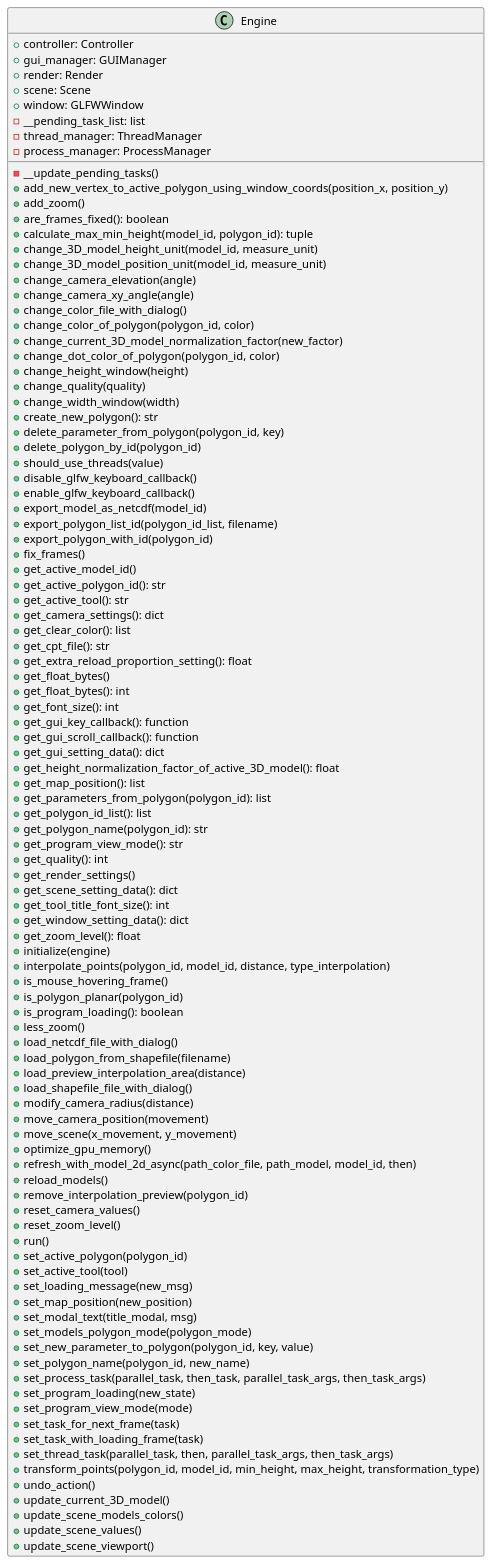
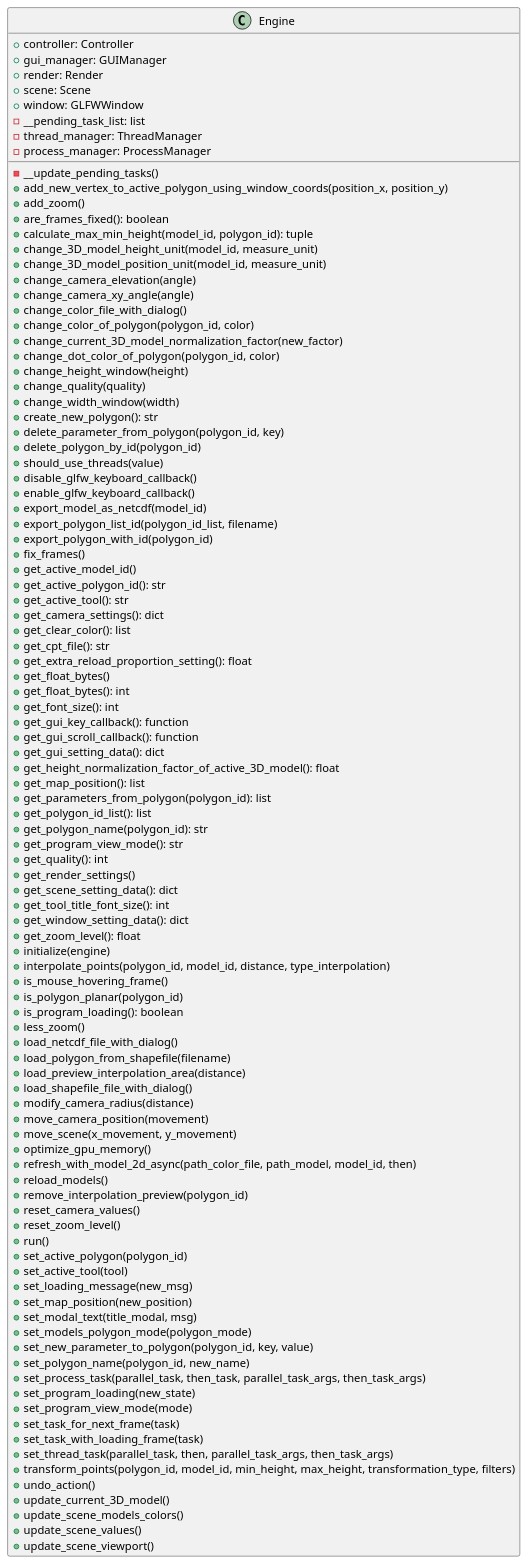
Before and after one commit to ferpoble2/Relief_Creator: the diagram in docs/classes/Engine.puml, drawn with PlantUML. The commit also changed 1 other file, not shown here.

Commit message:
Added filter parameter to the transform_points method in Engine

```diff
--- a/docs/classes/Engine.puml
+++ b/docs/classes/Engine.puml
@@ -1,105 +1,105 @@
 @startuml
 class Engine {
     + controller: Controller
     + gui_manager: GUIManager
     + render: Render
     + scene: Scene
     + window: GLFWWindow
     - __pending_task_list: list
     - thread_manager: ThreadManager
     - process_manager: ProcessManager
 
     - __update_pending_tasks()
     + add_new_vertex_to_active_polygon_using_window_coords(position_x, position_y)
     + add_zoom()
     + are_frames_fixed(): boolean
     + calculate_max_min_height(model_id, polygon_id): tuple
     + change_3D_model_height_unit(model_id, measure_unit)
     + change_3D_model_position_unit(model_id, measure_unit)
     + change_camera_elevation(angle)
     + change_camera_xy_angle(angle)
     + change_color_file_with_dialog()
     + change_color_of_polygon(polygon_id, color)
     + change_current_3D_model_normalization_factor(new_factor)
     + change_dot_color_of_polygon(polygon_id,  color)
     + change_height_window(height)
     + change_quality(quality)
     + change_width_window(width)
     + create_new_polygon(): str
     + delete_parameter_from_polygon(polygon_id, key)
     + delete_polygon_by_id(polygon_id)
     + should_use_threads(value)
     + disable_glfw_keyboard_callback()
     + enable_glfw_keyboard_callback()
     + export_model_as_netcdf(model_id)
     + export_polygon_list_id(polygon_id_list, filename)
     + export_polygon_with_id(polygon_id)
     + fix_frames()
     + get_active_model_id()
     + get_active_polygon_id(): str
     + get_active_tool(): str
     + get_camera_settings(): dict
     + get_clear_color(): list
     + get_cpt_file(): str
     + get_extra_reload_proportion_setting(): float
     + get_float_bytes()
     + get_float_bytes(): int
     + get_font_size(): int
     + get_gui_key_callback(): function
     + get_gui_scroll_callback(): function
     + get_gui_setting_data(): dict
     + get_height_normalization_factor_of_active_3D_model(): float
     + get_map_position(): list
     + get_parameters_from_polygon(polygon_id): list
     + get_polygon_id_list(): list
     + get_polygon_name(polygon_id): str
     + get_program_view_mode(): str
     + get_quality(): int
     + get_render_settings()
     + get_scene_setting_data(): dict
     + get_tool_title_font_size(): int
     + get_window_setting_data(): dict
     + get_zoom_level(): float
     + initialize(engine)
     + interpolate_points(polygon_id, model_id, distance, type_interpolation)
     + is_mouse_hovering_frame()
     + is_polygon_planar(polygon_id)
     + is_program_loading(): boolean
     + less_zoom()
     + load_netcdf_file_with_dialog()
     + load_polygon_from_shapefile(filename)
     + load_preview_interpolation_area(distance)
     + load_shapefile_file_with_dialog()
     + modify_camera_radius(distance)
     + move_camera_position(movement)
     + move_scene(x_movement, y_movement)
     + optimize_gpu_memory()
     + refresh_with_model_2d_async(path_color_file, path_model, model_id, then)
     + reload_models()
     + remove_interpolation_preview(polygon_id)
     + reset_camera_values()
     + reset_zoom_level()
     + run()
     + set_active_polygon(polygon_id)
     + set_active_tool(tool)
     + set_loading_message(new_msg)
     + set_map_position(new_position)
     + set_modal_text(title_modal, msg)
     + set_models_polygon_mode(polygon_mode)
     + set_new_parameter_to_polygon(polygon_id, key, value)
     + set_polygon_name(polygon_id, new_name)
     + set_process_task(parallel_task, then_task, parallel_task_args, then_task_args)
     + set_program_loading(new_state)
     + set_program_view_mode(mode)
     + set_task_for_next_frame(task)
     + set_task_with_loading_frame(task)
     + set_thread_task(parallel_task, then, parallel_task_args, then_task_args)
-    + transform_points(polygon_id, model_id, min_height, max_height, transformation_type)
+    + transform_points(polygon_id, model_id, min_height, max_height, transformation_type, filters)
     + undo_action()
     + update_current_3D_model()
     + update_scene_models_colors()
     + update_scene_values()
     + update_scene_viewport()
 }
 
 @enduml
```
